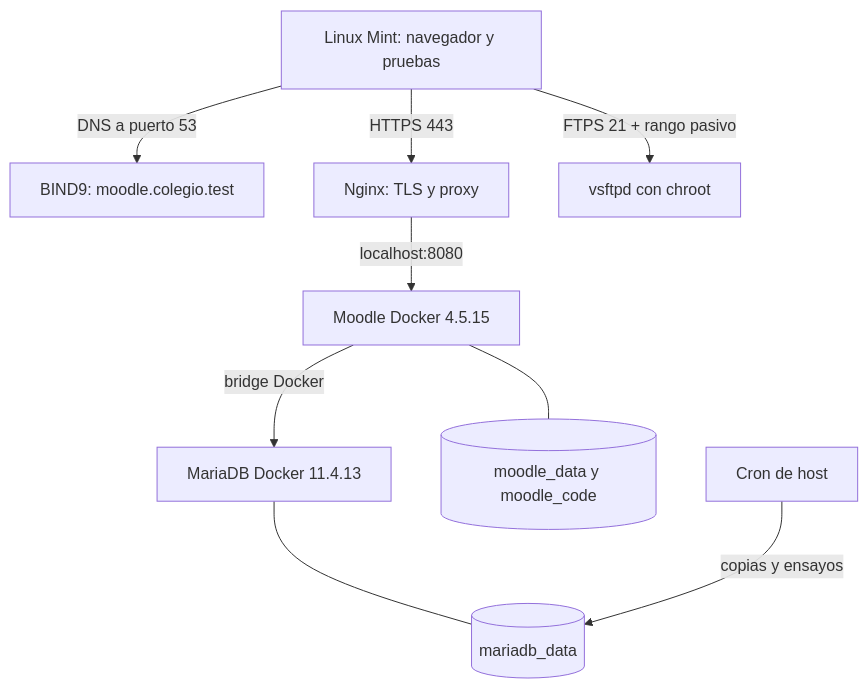
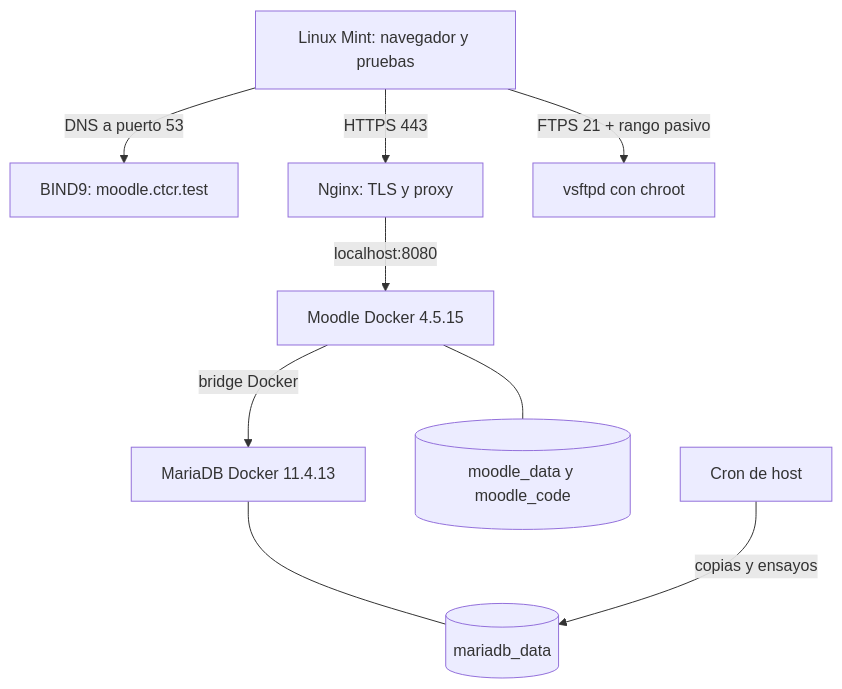
The diagram in docs/00-proyecto/README.md (crissXcoder/colegio-tecnico-costa-rica), drawn with Mermaid before and after one commit. The commit also changed 57 other files, not shown here.

````diff
--- a/docs/00-proyecto/README.md
+++ b/docs/00-proyecto/README.md
@@ -13,11 +13,11 @@
 ```mermaid
 flowchart TD
-  Client[Linux Mint: navegador y pruebas] -->|DNS a puerto 53| DNS[BIND9: moodle.colegio.test]
+  Client[Linux Mint: navegador y pruebas] -->|DNS a puerto 53| DNS[BIND9: moodle.ctcr.test]
   Client -->|HTTPS 443| NG[Nginx: TLS y proxy]
   NG -->|localhost:8080| LMS[Moodle Docker 4.5.15]
   LMS -->|bridge Docker| DB[MariaDB Docker 11.4.13]
   LMS --- DATA[(moodle_data y moodle_code)]
   DB --- SQL[(mariadb_data)]
   Client -->|FTPS 21 + rango pasivo| FTPS[vsftpd con chroot]
   CRON[Cron de host] -->|copias y ensayos| SQL
 ```
````
